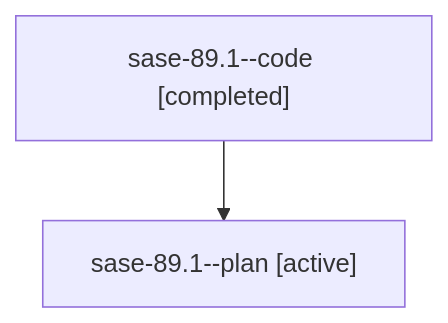
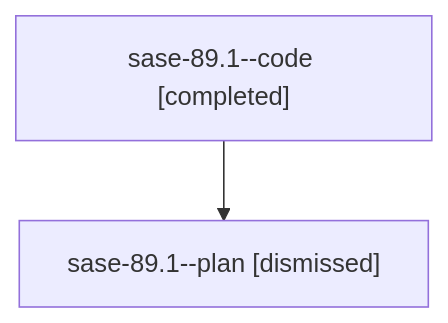
The diagram in sessions/bbugyi200.athena.sase-89.1.md (sase-org/sase--agents), drawn with Mermaid before and after one commit. The commit also changed other lines of this file and 82 other files, not shown here.

````diff
--- a/sessions/bbugyi200.athena.sase-89.1.md
+++ b/sessions/bbugyi200.athena.sase-89.1.md
@@ -9,6 +9,6 @@
 ```mermaid
 flowchart TD
   n0["sase-89.1--code [completed]"]
-  n1["sase-89.1--plan [active]"]
+  n1["sase-89.1--plan [dismissed]"]
   n0 --> n1
 ```
````
